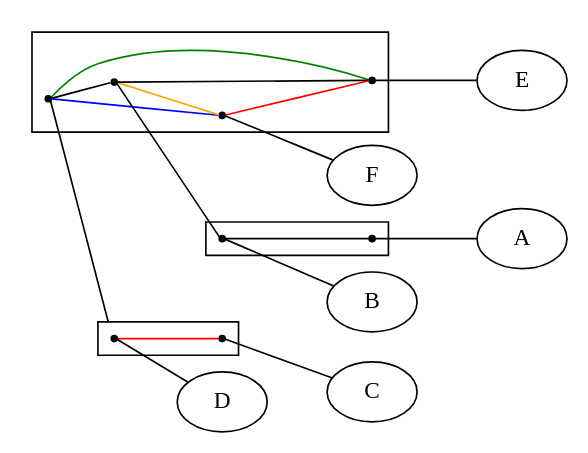
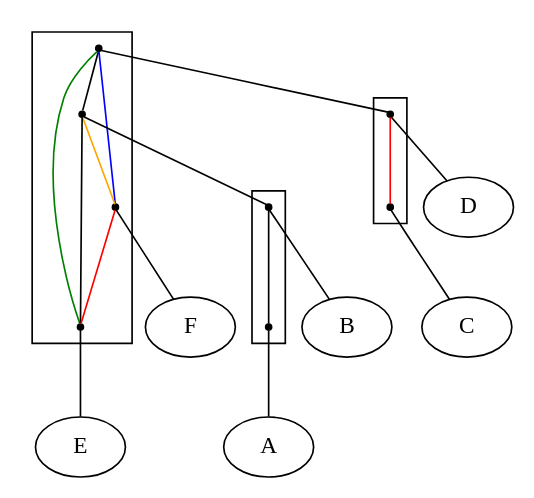
Before and after one commit to lrodrin/TFG: the diagram in src/final/Structure2 - Còpia.dot, drawn with Graphviz. The commit also changed 13 other files, not shown here.

```diff
--- a/src/final/Structure2 - Còpia.dot
+++ b/src/final/Structure2 - Còpia.dot
@@ -1,33 +1,31 @@
 digraph G {
-compound=true;
-rankdir=LR
 
 subgraph cluster_FCDEAB {
 node [shape=point];
-s_CD -> s_AB  [arrowhead=none, color=black];
-s_CD -> s_F  [arrowhead=none, color=blue];
-s_CD -> s_E  [arrowhead=none, color=green];
-s_AB -> s_F  [arrowhead=none, color=orange];
-s_AB -> s_E  [arrowhead=none, color=black];
-s_F -> s_E  [arrowhead=none, color=red];
+s_CD -> s_AB [arrowhead=none, color=black];
+s_CD -> s_F [arrowhead=none, color=blue];
+s_CD -> s_E [arrowhead=none, color=green];
+s_AB -> s_F [arrowhead=none, color=orange];
+s_AB -> s_E [arrowhead=none, color=black];
+s_F -> s_E [arrowhead=none, color=red];
 }
 
 subgraph cluster_AB {
 node [shape=point];
-s_B -> s_A  [arrowhead=none, color=black];
+s_B -> s_A [arrowhead=none, color=black];
 }
 
 subgraph cluster_CD {
 node [shape=point];
-s_D -> s_C  [arrowhead=none, color=red];
+s_D -> s_C [arrowhead=none, color=red];
 }
 
-s_F -> F  [arrowhead=none];
-s_E -> E  [arrowhead=none];
-s_B -> B  [arrowhead=none];
-s_A -> A  [arrowhead=none];
-s_D -> D  [arrowhead=none];
-s_C -> C  [arrowhead=none];
-s_AB -> s_B [ltail=cluster_BCADE, lhead=cluster_EBAD, arrowhead=none]
-s_CD -> s_D  [arrowhead=none, lhead=cluster_CD];
+s_F -> F [arrowhead=none];
+s_E -> E [arrowhead=none];
+s_B -> B [arrowhead=none];
+s_A -> A [arrowhead=none];
+s_D -> D [arrowhead=none];
+s_C -> C [arrowhead=none];
+s_AB -> s_B [ltail=s_AB, lhead=s_AB, arrowhead=none];
+s_CD -> s_D [lhead=cluster_CD, arrowhead=none];
 }
```
